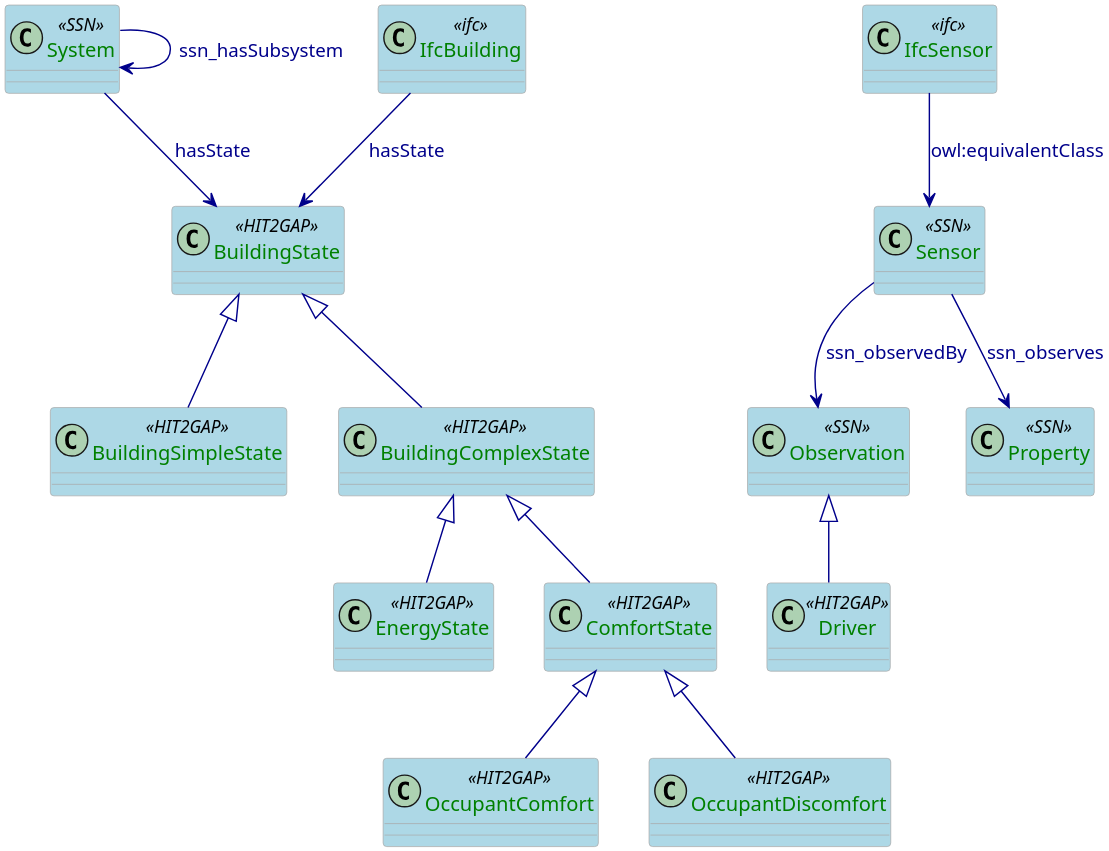
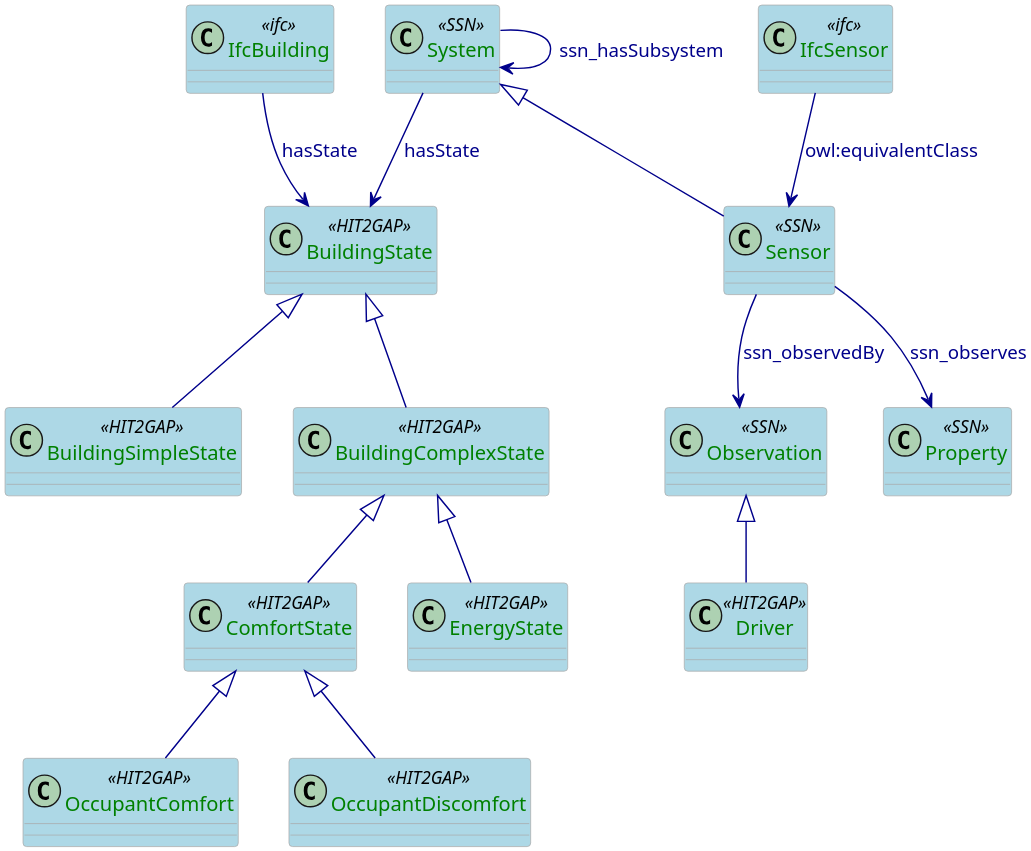
One commit to HIT2GAP-EU-PROJECT/BEMOnt changed the diagram in docs/plantuml/BuildingStateSpecification.puml. Above: the diagram before and after it, drawn with PlantUML.

```diff
--- a/docs/plantuml/BuildingStateSpecification.puml
+++ b/docs/plantuml/BuildingStateSpecification.puml
@@ -1,76 +1,77 @@
 @startuml
 
 skinparam class {
   ArrowColor DarkBlue
   ArrowFontColor DarkBlue
   BackgroundColor LightBlue
   BorderColor DarkGrey
 }
 skinparam dpi 300
 skinparam stereotypeCBackgroundColor Wheat
 skinparam classAttributeFontColor  Green
 
 class System <<SSN>>{
 
 }
 
 class BuildingState <<HIT2GAP>>{
 
 }
 
 class BuildingSimpleState <<HIT2GAP>>{
 
 }
 
 class BuildingComplexState <<HIT2GAP>>{
 
 }
 
 class EnergyState <<HIT2GAP>>{
 
 }
 
 class ComfortState <<HIT2GAP>>{
 
 }
 
 class OccupantComfort <<HIT2GAP>>{
 
 }
 
 class OccupantDiscomfort <<HIT2GAP>>{
 
 }
 class Driver <<HIT2GAP>>{
 
 }
 
 class Observation <<SSN>>{
 
 }
 
 class Property <<SSN>> {
 
 }
 
 class Sensor <<SSN>>
 
 class IfcBuilding <<ifc>>
 class IfcSensor <<ifc>>
 
 IfcBuilding --> BuildingState:hasState
 System --> BuildingState: hasState
 BuildingState <|-- BuildingSimpleState
 BuildingState <|-- BuildingComplexState
 BuildingComplexState <|-- EnergyState
 BuildingComplexState <|-- ComfortState
 ComfortState <|-- OccupantComfort
 ComfortState <|-- OccupantDiscomfort
 System --> System:ssn_hasSubsystem
+System <|-- Sensor
 Sensor --> Observation:ssn_observedBy
 Sensor --> Property:ssn_observes
 IfcSensor --> Sensor: owl:equivalentClass
 
 Observation <|-- Driver
 
 @enduml
```
